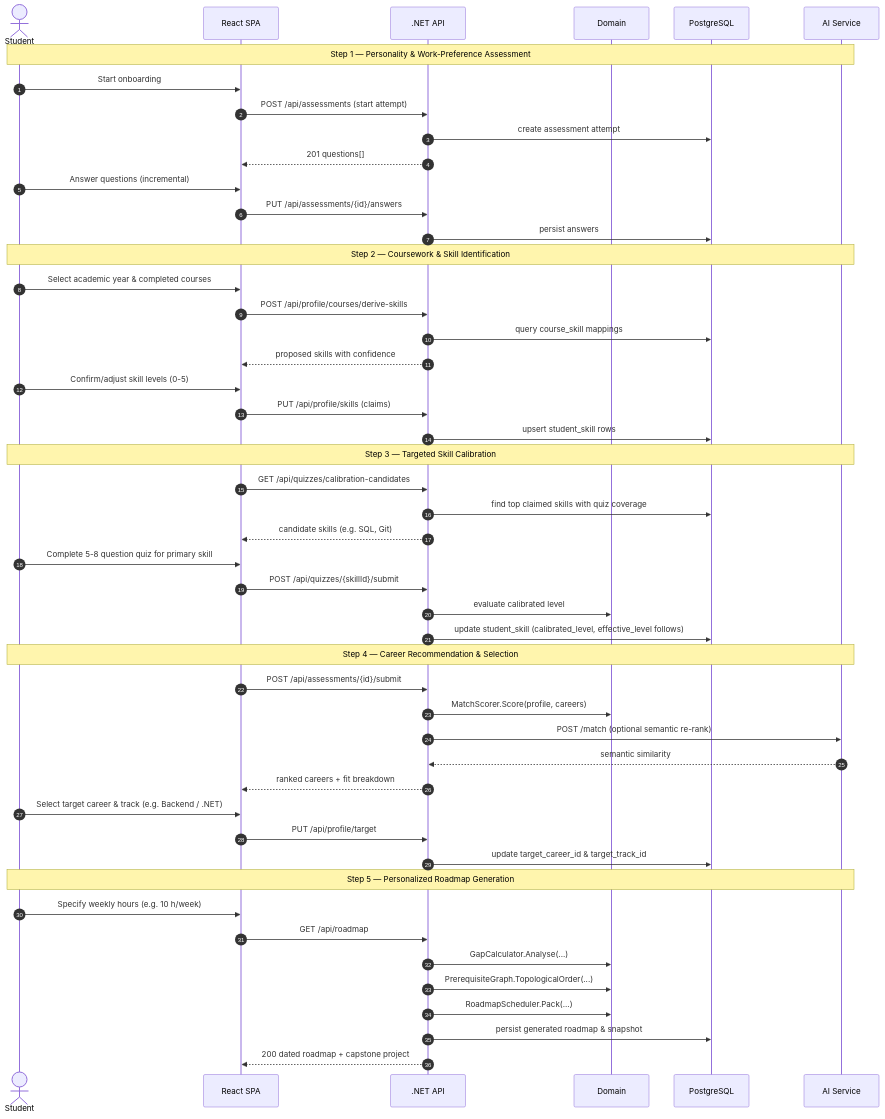
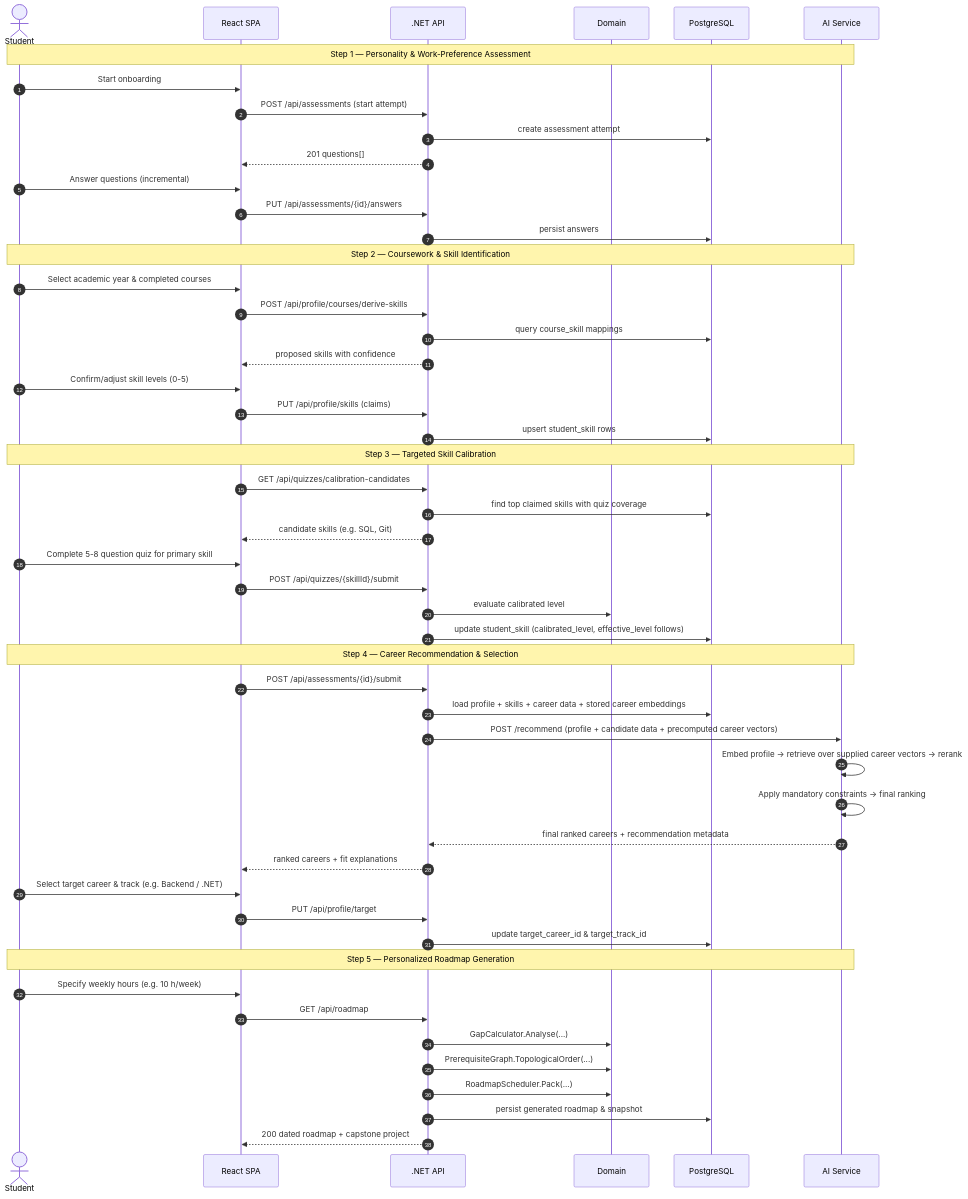
The fourth of 8 diagrams in docs/03-architecture.md (Masar-SCU/Masar), drawn with Mermaid before and after one commit. The commit also changed other lines of this file, not shown here.

````diff
--- a/docs/03-architecture.md
+++ b/docs/03-architecture.md
@@ -197,55 +211,57 @@
 ```mermaid
 sequenceDiagram
     autonumber
     actor S as Student
     participant W as React SPA
     participant A as .NET API
     participant D as Domain
     participant DB as PostgreSQL
     participant AI as AI Service
 
     Note over S,AI: Step 1 — Personality & Work-Preference Assessment
     S->>W: Start onboarding
     W->>A: POST /api/assessments  (start attempt)
     A->>DB: create assessment attempt
     A-->>W: 201  questions[]
     S->>W: Answer questions (incremental)
     W->>A: PUT /api/assessments/{id}/answers
     A->>DB: persist answers
 
     Note over S,AI: Step 2 — Coursework & Skill Identification
     S->>W: Select academic year & completed courses
     W->>A: POST /api/profile/courses/derive-skills
     A->>DB: query course_skill mappings
     A-->>W: proposed skills with confidence
     S->>W: Confirm/adjust skill levels (0-5)
     W->>A: PUT /api/profile/skills  (claims)
     A->>DB: upsert student_skill rows
 
     Note over S,AI: Step 3 — Targeted Skill Calibration
     W->>A: GET /api/quizzes/calibration-candidates
     A->>DB: find top claimed skills with quiz coverage
     A-->>W: candidate skills (e.g. SQL, Git)
     S->>W: Complete 5-8 question quiz for primary skill
     W->>A: POST /api/quizzes/{skillId}/submit
     A->>D: evaluate calibrated level
     A->>DB: update student_skill (calibrated_level, effective_level follows)
     Note over S,AI: Step 4 — Career Recommendation & Selection
     W->>A: POST /api/assessments/{id}/submit
-    A->>D: MatchScorer.Score(profile, careers)
-    A->>AI: POST /match (optional semantic re-rank)
-    AI-->>A: semantic similarity
-    A-->>W: ranked careers + fit breakdown
+    A->>DB: load profile + skills + career data + stored career embeddings
+    A->>AI: POST /recommend (profile + candidate data + precomputed career vectors)
+    AI->>AI: Embed profile → retrieve over supplied career vectors → rerank
+    AI->>AI: Apply mandatory constraints → final ranking
+    AI-->>A: final ranked careers + recommendation metadata
+    A-->>W: ranked careers + fit explanations
     S->>W: Select target career & track (e.g. Backend / .NET)
     W->>A: PUT /api/profile/target
     A->>DB: update target_career_id & target_track_id
 
     Note over S,AI: Step 5 — Personalized Roadmap Generation
     S->>W: Specify weekly hours (e.g. 10 h/week)
     W->>A: GET /api/roadmap
     A->>D: GapCalculator.Analyse(...)
     A->>D: PrerequisiteGraph.TopologicalOrder(...)
     A->>D: RoadmapScheduler.Pack(...)
     A->>DB: persist generated roadmap & snapshot
     A-->>W: 200  dated roadmap + capstone project
 ```
````
